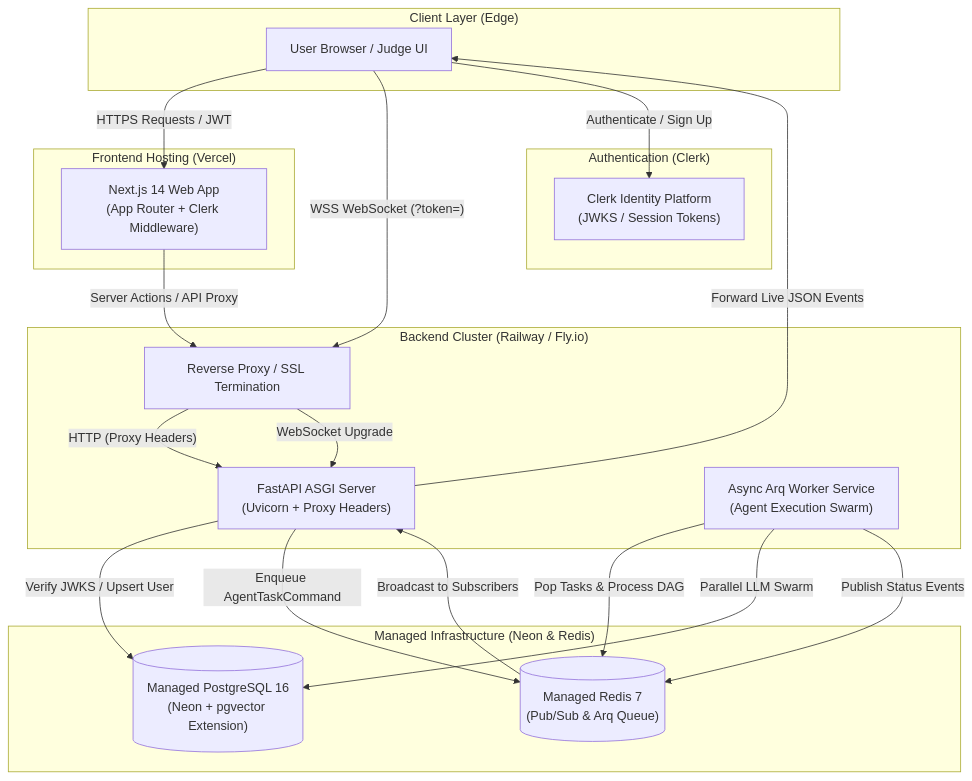
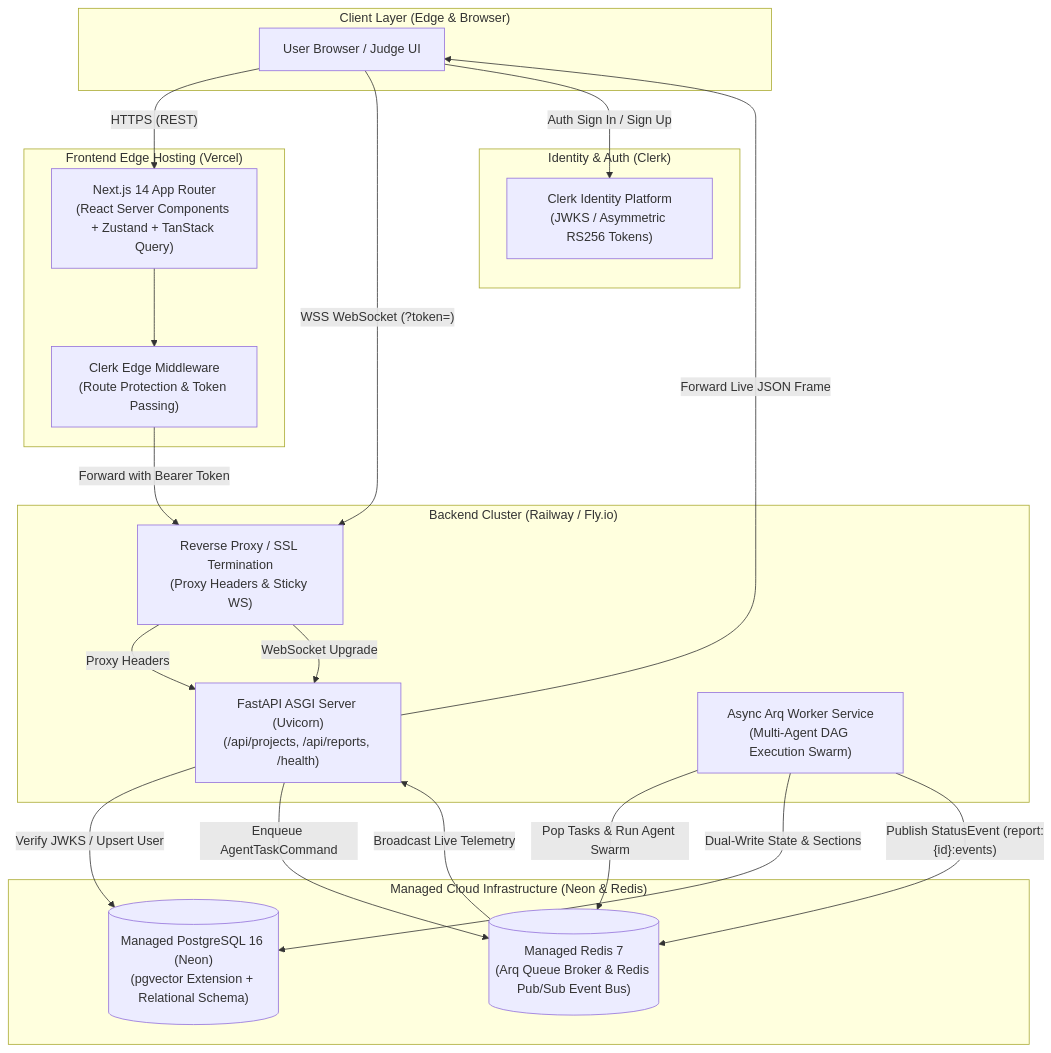
One commit to SAIVENKATESH108/Quorum changed the diagram in README.md. Above: the diagram before and after it, drawn with Mermaid. The commit also changed other lines of this file and 2 other files, not shown here.

Commit message:
docs: finalize submission materials, comprehensive README, DAG engine inline comments, and 3-minute video script

````diff
--- a/README.md
+++ b/README.md
@@ -143,39 +39,41 @@
 ```mermaid
 flowchart TD
-    subgraph Client Layer ["Client Layer (Edge)"]
+    subgraph Client Layer ["Client Layer (Edge & Browser)"]
         Browser["User Browser / Judge UI"]
     end
 
-    subgraph Edge Layer ["Frontend Hosting (Vercel)"]
-        NextWeb["Next.js 14 Web App<br/>(App Router + Clerk Middleware)"]
+    subgraph Edge Layer ["Frontend Edge Hosting (Vercel)"]
+        NextWeb["Next.js 14 App Router<br/>(React Server Components + Zustand + TanStack Query)"]
+        ClerkEdge["Clerk Edge Middleware<br/>(Route Protection & Token Passing)"]
     end
 
-    subgraph Auth Provider ["Authentication (Clerk)"]
-        ClerkAuth["Clerk Identity Platform<br/>(JWKS / Session Tokens)"]
+    subgraph Auth Provider ["Identity & Auth (Clerk)"]
+        ClerkAuth["Clerk Identity Platform<br/>(JWKS / Asymmetric RS256 Tokens)"]
     end
 
     subgraph Backend Layer ["Backend Cluster (Railway / Fly.io)"]
-        Proxy["Reverse Proxy / SSL Termination"]
-        FastAPI["FastAPI ASGI Server<br/>(Uvicorn + Proxy Headers)"]
-        Worker["Async Arq Worker Service<br/>(Agent Execution Swarm)"]
+        ReverseProxy["Reverse Proxy / SSL Termination<br/>(Proxy Headers & Sticky WS)"]
+        FastAPI["FastAPI ASGI Server (Uvicorn)<br/>(/api/projects, /api/reports, /health)"]
+        Worker["Async Arq Worker Service<br/>(Multi-Agent DAG Execution Swarm)"]
     end
 
-    subgraph State & Event Layer ["Managed Infrastructure (Neon & Redis)"]
-        Postgres[("Managed PostgreSQL 16<br/>(Neon + pgvector Extension)")]
-        RedisPubSub[("Managed Redis 7<br/>(Pub/Sub & Arq Queue)")]
+    subgraph State & Bus Layer ["Managed Cloud Infrastructure (Neon & Redis)"]
+        Postgres[("Managed PostgreSQL 16 (Neon)<br/>(pgvector Extension + Relational Schema)")]
+        RedisPubSub[("Managed Redis 7<br/>(Arq Queue Broker & Redis Pub/Sub Event Bus)")]
     end
 
-    Browser -->|"HTTPS Requests / JWT"| NextWeb
-    Browser -->|"WSS WebSocket (?token=)"| Proxy
-    Browser -->|"Authenticate / Sign Up"| ClerkAuth
-    NextWeb -->|"Server Actions / API Proxy"| Proxy
-    Proxy -->|"HTTP (Proxy Headers)"| FastAPI
-    Proxy -->|"WebSocket Upgrade"| FastAPI
+    Browser -->|"HTTPS (REST)"| NextWeb
+    Browser -->|"WSS WebSocket (?token=)"| ReverseProxy
+    Browser -->|"Auth Sign In / Sign Up"| ClerkAuth
+    NextWeb --> ClerkEdge
+    ClerkEdge -->|"Forward with Bearer Token"| ReverseProxy
+    ReverseProxy -->|"Proxy Headers"| FastAPI
+    ReverseProxy -->|"WebSocket Upgrade"| FastAPI
     FastAPI -->|"Verify JWKS / Upsert User"| Postgres
     FastAPI -->|"Enqueue AgentTaskCommand"| RedisPubSub
-    Worker -->|"Pop Tasks & Process DAG"| RedisPubSub
-    Worker -->|"Parallel LLM Swarm"| Postgres
-    Worker -->|"Publish Status Events"| RedisPubSub
-    RedisPubSub -->|"Broadcast to Subscribers"| FastAPI
-    FastAPI -->|"Forward Live JSON Events"| Browser
+    Worker -->|"Pop Tasks & Run Agent Swarm"| RedisPubSub
+    Worker -->|"Dual-Write State & Sections"| Postgres
+    Worker -->|"Publish StatusEvent (report:{id}:events)"| RedisPubSub
+    RedisPubSub -->|"Broadcast Live Telemetry"| FastAPI
+    FastAPI -->|"Forward Live JSON Frame"| Browser
 ```
````
